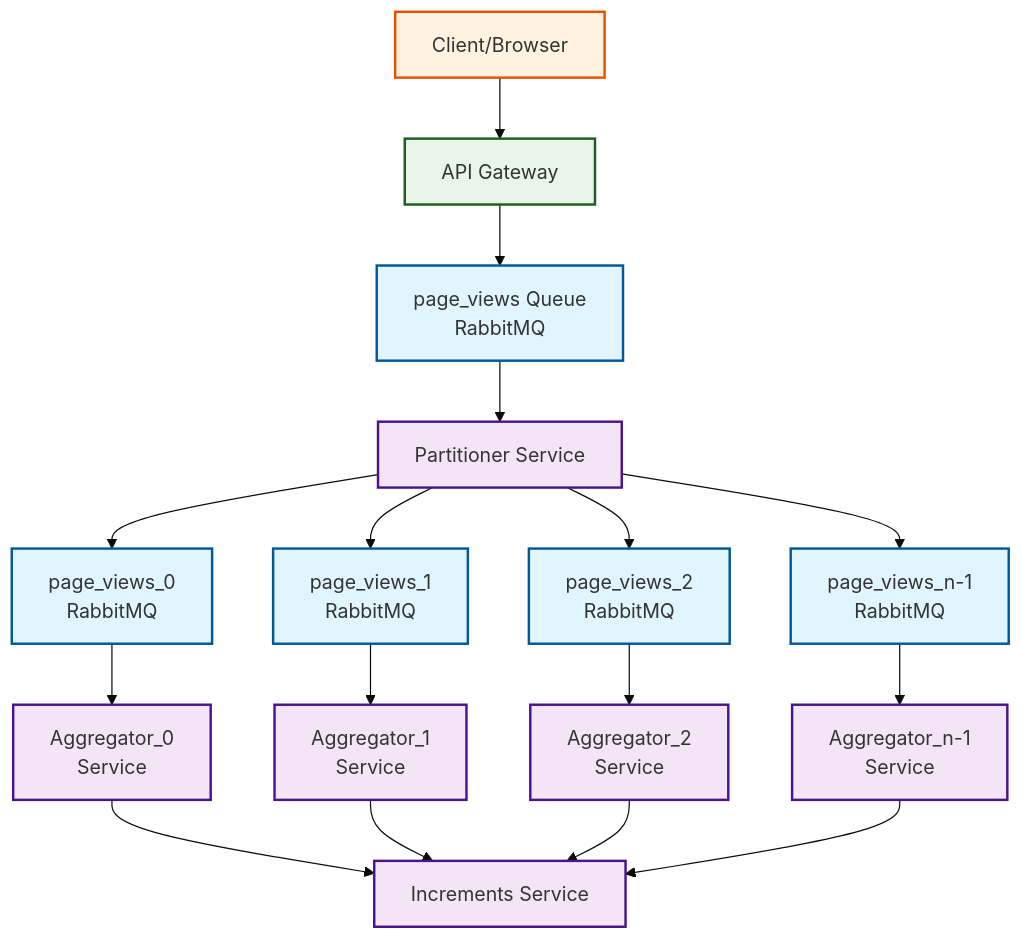
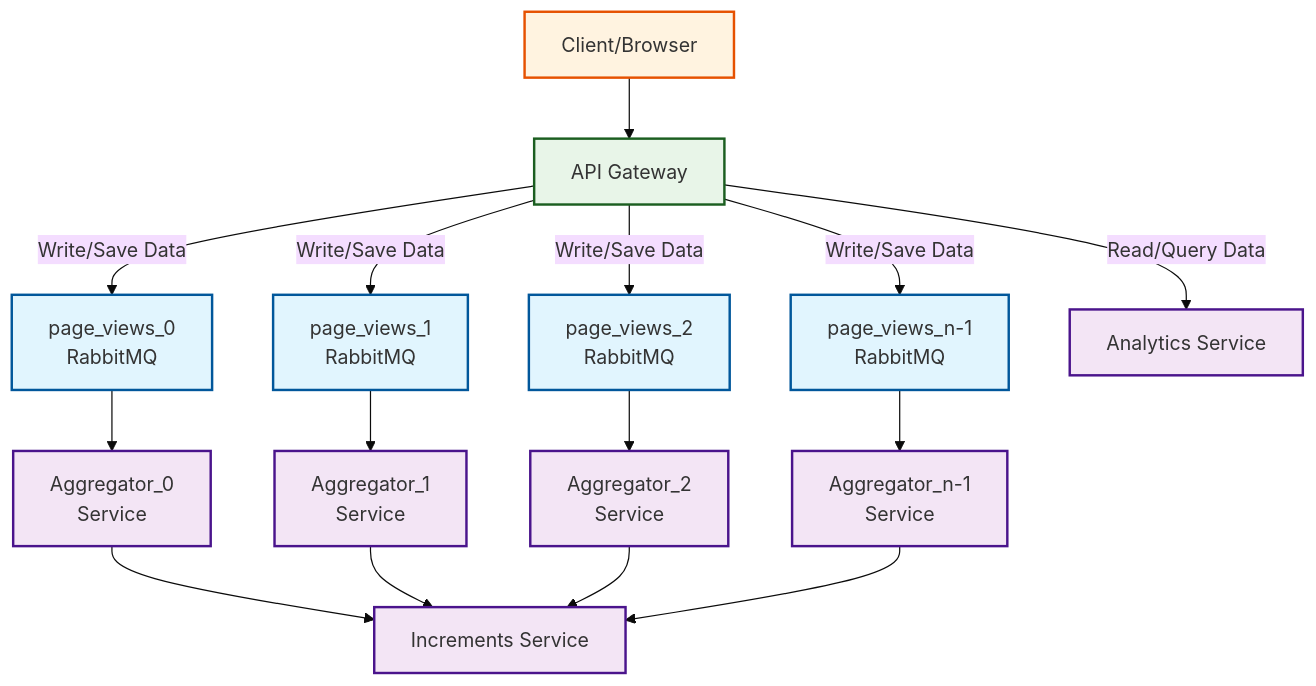
Before and after one commit to Yedidyar/backend-rebase: the diagram in analytics-project/architecture-diagram.md, drawn with Mermaid (base theme). The commit also changed other lines of this file, not shown here.

Commit message:
refactor: update architecture diagram to clarify write and read flows
- Revised the architecture diagram to separate write and read flows for data ingestion and querying.
- Updated API Gateway's role in distributing page view requests to partitioned queues.
- Enhanced descriptions for Aggregator and Analytics services.

````diff
--- a/analytics-project/architecture-diagram.md
+++ b/analytics-project/architecture-diagram.md
@@ -3,41 +3,37 @@
 ```mermaid
 graph TB
     %% External traffic
     Client[Client/Browser] --> API[API Gateway]
 
-    %% Main queue
-    API --> PVQ[page_views Queue<br/>RabbitMQ]
+    %% Write flow - for saving data
+    API -->|Write/Save Data| PV0[page_views_0<br/>RabbitMQ]
+    API -->|Write/Save Data| PV1[page_views_1<br/>RabbitMQ]
+    API -->|Write/Save Data| PV2[page_views_2<br/>RabbitMQ]
+    API -->|Write/Save Data| PVN[page_views_n-1<br/>RabbitMQ]
 
-    %% Partitioner service
-    PVQ --> Partitioner[Partitioner Service]
-
-    %% Partitioned queues
-    Partitioner --> PV0[page_views_0<br/>RabbitMQ]
-    Partitioner --> PV1[page_views_1<br/>RabbitMQ]
-    Partitioner --> PV2[page_views_2<br/>RabbitMQ]
-    Partitioner --> PVN[page_views_n-1<br/>RabbitMQ]
+    %% Read flow - for querying data
+    API -->|Read/Query Data| Analytics[Analytics Service]
 
     %% Aggregator services
     PV0 --> Agg0[Aggregator_0<br/>Service]
     PV1 --> Agg1[Aggregator_1<br/>Service]
     PV2 --> Agg2[Aggregator_2<br/>Service]
     PVN --> AggN[Aggregator_n-1<br/>Service]
 
     %% Final destination
     Agg0 --> IncSvc[Increments Service]
     Agg1 --> IncSvc
     Agg2 --> IncSvc
     AggN --> IncSvc
 
     %% Styling
     classDef queue fill:#e1f5fe,stroke:#01579b,stroke-width:2px
     classDef service fill:#f3e5f5,stroke:#4a148c,stroke-width:2px
     classDef gateway fill:#e8f5e8,stroke:#1b5e20,stroke-width:2px
     classDef client fill:#fff3e0,stroke:#e65100,stroke-width:2px
 
     class PVQ,PV0,PV1,PV2,PVN queue
-    class Partitioner,Agg0,Agg1,Agg2,AggN service
+    class Agg0,Agg1,Agg2,AggN,Analytics,IncSvc service
     class API gateway
     class Client client
-    class IncSvc service
 ```
````
